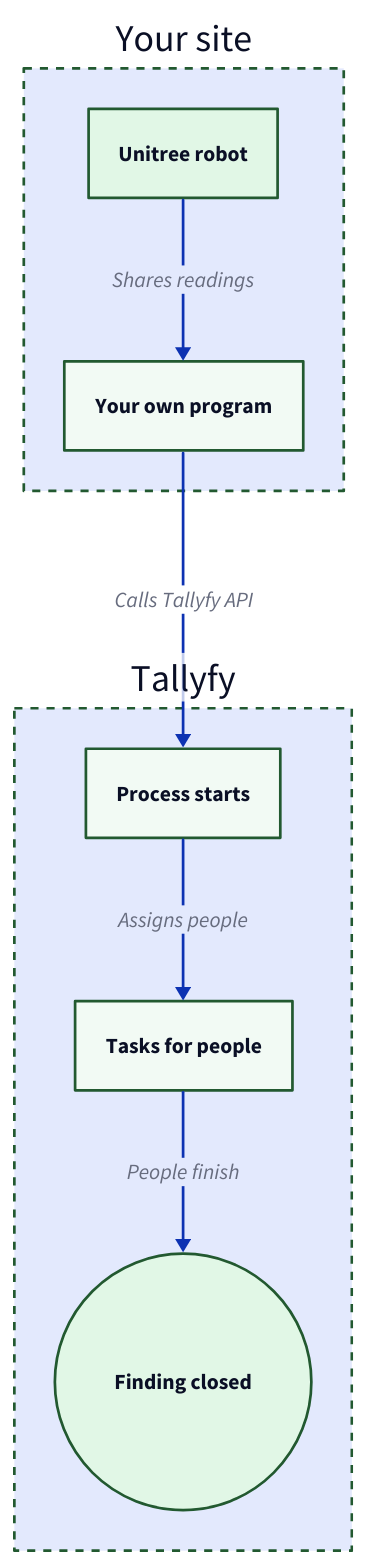
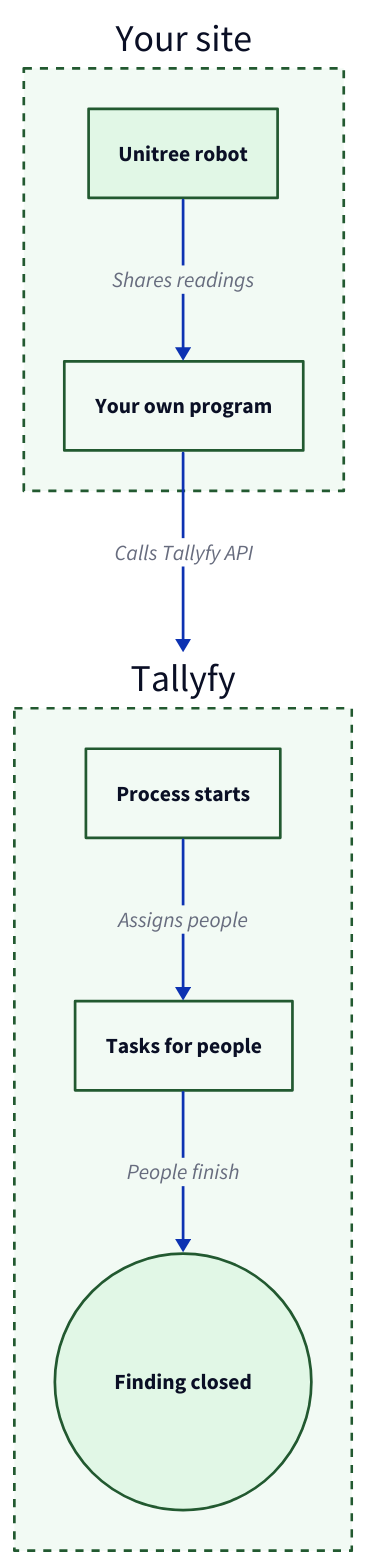
The diagram in src/content/docs/pro/integrations/robotics/unitree.mdx (tallyfy/documentation), drawn with D2 before and after one commit. The commit also changed 14 other files, not shown here.

First line of the commit message:
Redraw 15 diagrams and remove 1 so their text reads at full size

````diff
--- a/src/content/docs/pro/integrations/robotics/unitree.mdx
+++ b/src/content/docs/pro/integrations/robotics/unitree.mdx
@@ -78,46 +78,48 @@
 ```d2
 # One robot finding becomes tracked work for people
 direction: down
 
 Site: Your site {
+  style.fill: "#f2faf4"
   style.stroke: "#225930"
   style.stroke-dash: 3
 
   Robot: Unitree robot {
     style.fill: "#e1f7e6"
     style.stroke: "#225930"
   }
 
   Program: Your own program {
     style.fill: "#f2faf4"
     style.stroke: "#225930"
   }
 }
 
 Tallyfy: Tallyfy {
+  style.fill: "#f2faf4"
   style.stroke: "#225930"
   style.stroke-dash: 3
 
   Process: Process starts {
     style.fill: "#f2faf4"
     style.stroke: "#225930"
   }
 
   Tasks: Tasks for people {
     style.fill: "#f2faf4"
     style.stroke: "#225930"
   }
 
   Done: Finding closed {
     shape: circle
     style.fill: "#e1f7e6"
     style.stroke: "#225930"
     style.stroke-width: 2
   }
 }
 
 Site.Robot -> Site.Program: Shares readings
-Site.Program -> Tallyfy.Process: Calls Tallyfy API
+Site.Program -> Tallyfy: Calls Tallyfy API
 Tallyfy.Process -> Tallyfy.Tasks: Assigns people
 Tallyfy.Tasks -> Tallyfy.Done: People finish
 ```
````
